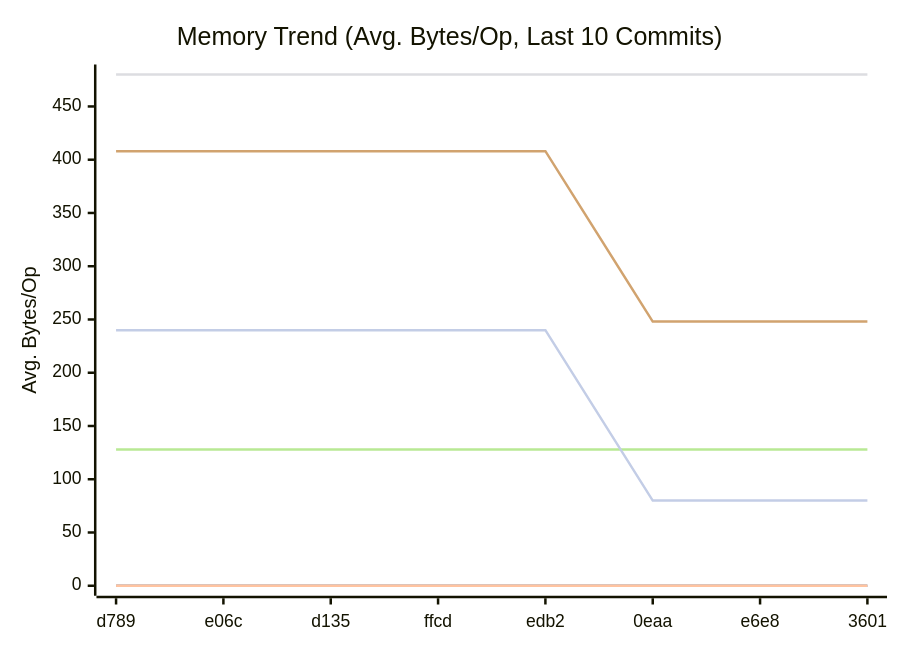
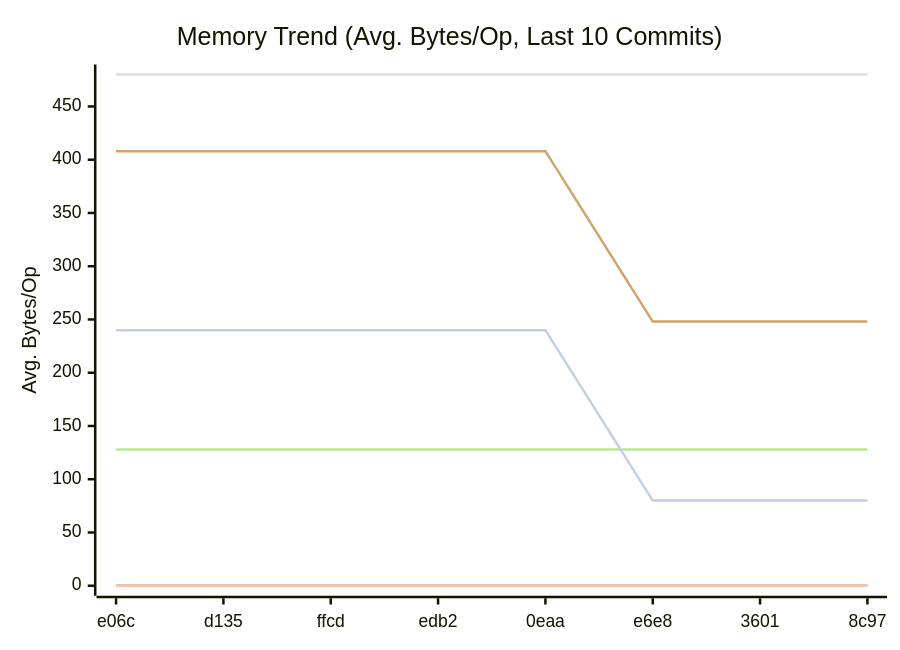
Before and after one commit to alsotoes/momo: the second of 3 diagrams in docs/README.md, drawn with Mermaid. The commit also changed other lines of this file and 1 other file, not shown here.

````diff
--- a/docs/README.md
+++ b/docs/README.md
@@ -318,14 +318,14 @@
 ```mermaid
 xychart-beta
     title "Memory Trend (Avg. Bytes/Op, Last 10 Commits)"
     x-axis "Commit"
     y-axis "Avg. Bytes/Op"
-    x-axis [d789,e06c,d135,ffcd,edb2,0eaa,e6e8,3601]
+    x-axis [e06c,d135,ffcd,edb2,0eaa,e6e8,3601,8c97]
     line "CheckMetricsAndSwap" [0,0,0,0,0,0,0,0,0,0]
     line "IndexDirectTracking" [0,0,0,0,0,0,0,0,0,0]
     line "IndexSearch" [0,0,0,0,0,0,0,0,0,0]
     line "LoadGlobalConfig" [480,480,480,480,480,480,480,480,480,480]
     line "PadString" [128,128,128,128,128,128,128,128,128,128]
     line "ParseReplicationOrder_NoPrealloc" [408,408,408,408,408,248,248,248,248,248]
     line "ParseReplicationOrder_Prealloc" [240,240,240,240,240,80,80,80,80,80]
 ```
````
